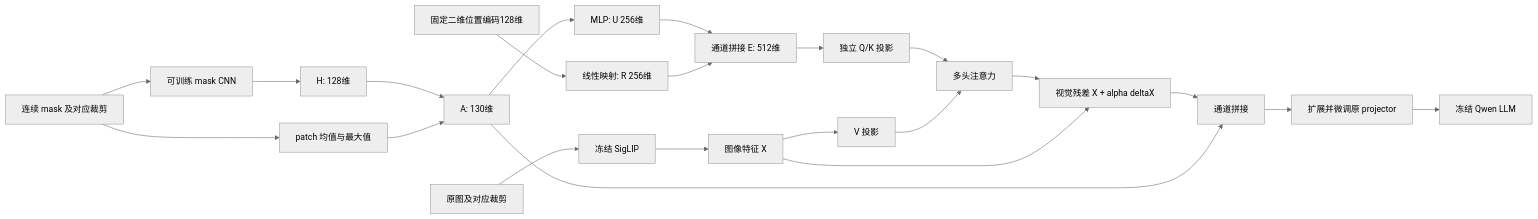
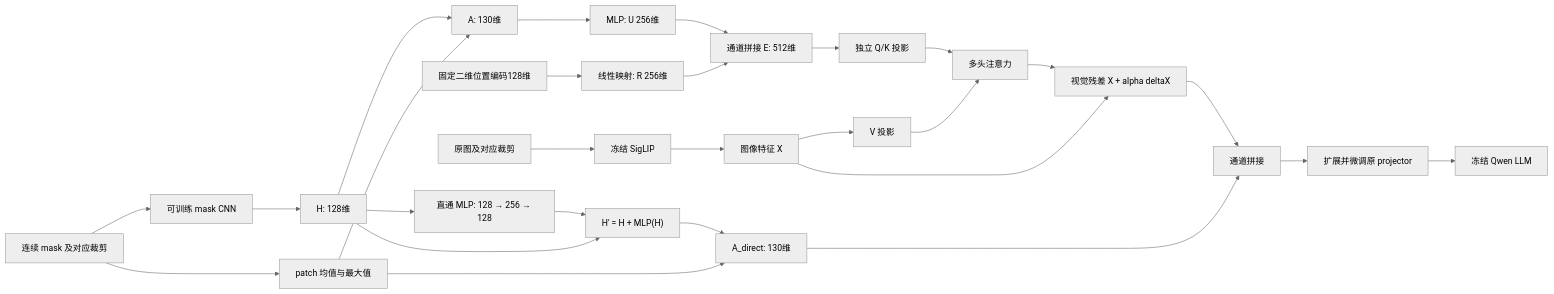
The diagram in README.md (xuxin5616-maker/mask_fusion), drawn with Mermaid (neutral theme) before and after one commit. The commit also changed other lines of this file and 9 other files, not shown here.

````diff
--- a/README.md
+++ b/README.md
@@ -9,24 +9,29 @@
 ```mermaid
 flowchart LR
     I[原图及对应裁剪] --> VT[冻结 SigLIP]
     VT --> X[图像特征 X]
     M[连续 mask 及对应裁剪] --> CNN[可训练 mask CNN]
     CNN --> H[H: 128维]
     M --> S[patch 均值与最大值]
     H --> A[A: 130维]
     S --> A
+    H --> DMLP[直通 MLP: 128 → 256 → 128]
+    DMLP --> HR["H' = H + MLP(H)"]
+    H --> HR
+    HR --> AD[A_direct: 130维]
+    S --> AD
     A --> U[MLP: U 256维]
     P[固定二维位置编码128维] --> R[线性映射: R 256维]
     U --> E[通道拼接 E: 512维]
     R --> E
     E --> QK[独立 Q/K 投影]
     X --> V[V 投影]
     QK --> ATT[多头注意力]
     V --> ATT
     ATT --> RES[视觉残差 X + alpha deltaX]
     X --> RES
     RES --> CAT[通道拼接]
-    A --> CAT
+    AD --> CAT
     CAT --> PROJ[扩展并微调原 projector]
     PROJ --> LLM[冻结 Qwen LLM]
 ```
````
